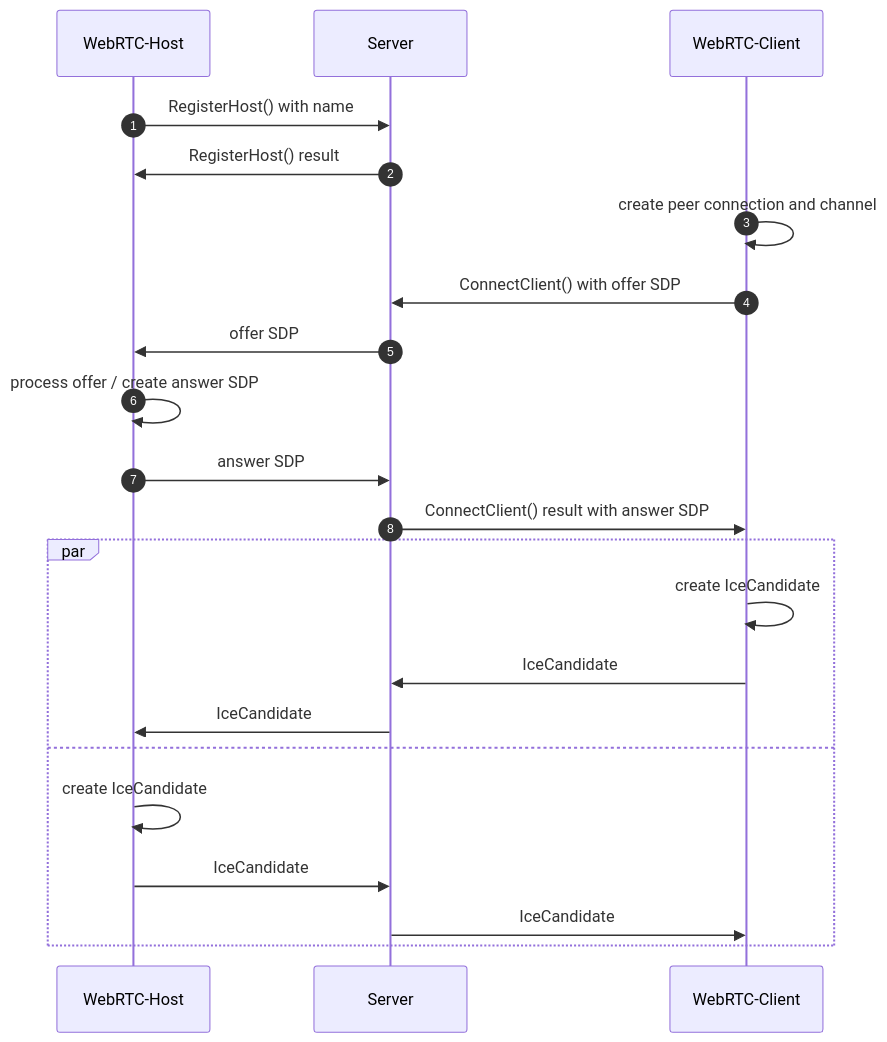
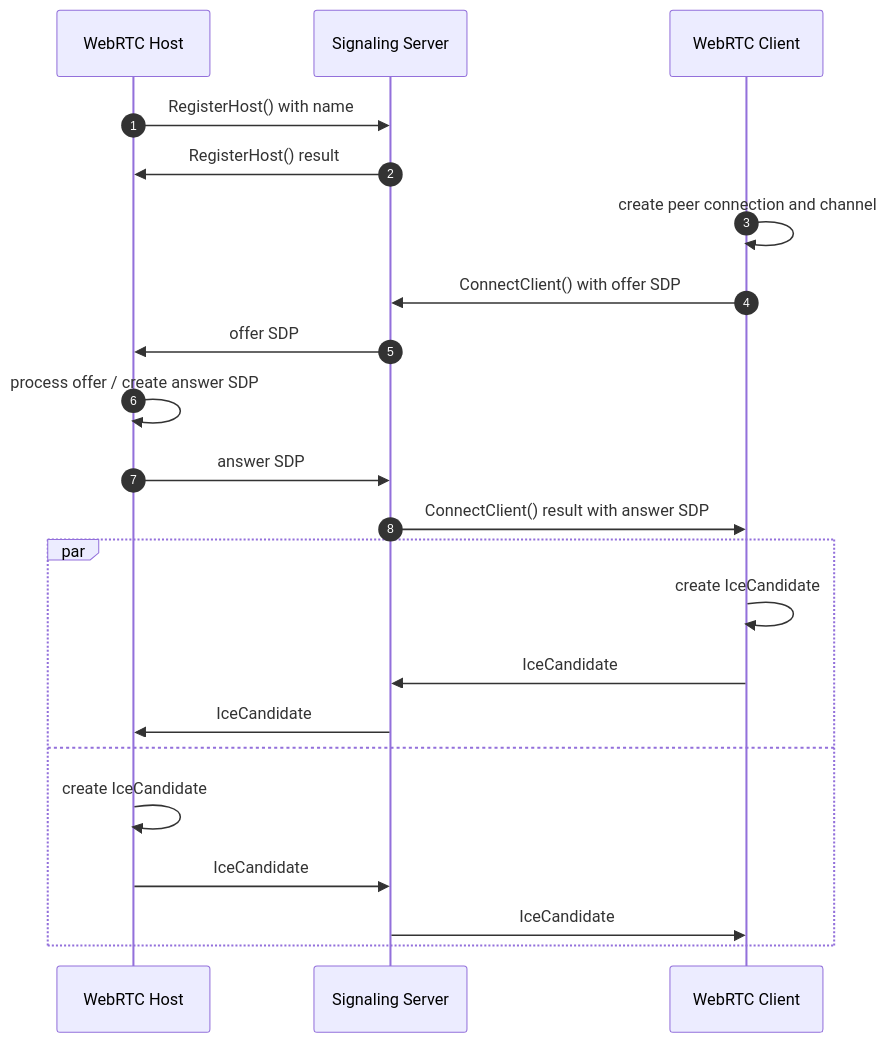
Before and after one commit to friflo/Friflo.Json.Fliox: the diagram in Json/Fliox.Hub.WebRTC/README.md, drawn with Mermaid. The commit also changed other lines of this file, not shown here.

Commit message:
WebRTC README.md update

````diff
--- a/Json/Fliox.Hub.WebRTC/README.md
+++ b/Json/Fliox.Hub.WebRTC/README.md
@@ -18,27 +18,27 @@
 ``` mermaid
 sequenceDiagram
   autonumber
-    WebRTC-Host   ->>   Server:         RegisterHost() with name
-    Server        ->>   WebRTC-Host:    RegisterHost() result
+    WebRTC Host      ->>    Signaling Server:   RegisterHost() with name
+    Signaling Server ->>    WebRTC Host:        RegisterHost() result
 
-    WebRTC-Client ->>   WebRTC-Client:  create peer connection and channel
-    WebRTC-Client ->>   Server:         ConnectClient() with offer SDP
+    WebRTC Client    ->>    WebRTC Client:      create peer connection and channel
+    WebRTC Client    ->>    Signaling Server:   ConnectClient() with offer SDP
 
-    Server        ->>   WebRTC-Host:    offer SDP
-    WebRTC-Host   ->>   WebRTC-Host:    process offer / create answer SDP
-    WebRTC-Host   ->>   Server:         answer SDP
+    Signaling Server ->>    WebRTC Host:        offer SDP
+    WebRTC Host      ->>    WebRTC Host:        process offer / create answer SDP
+    WebRTC Host      ->>    Signaling Server:   answer SDP
 
-    Server        ->>   WebRTC-Client:  ConnectClient() result with answer SDP
+    Signaling Server ->>    WebRTC Client:      ConnectClient() result with answer SDP
 
   autonumber off
   par
-    WebRTC-Client ->>   WebRTC-Client:  create IceCandidate
-    WebRTC-Client ->>   Server:         IceCandidate
-    Server        ->>   WebRTC-Host:    IceCandidate
+    WebRTC Client    ->>    WebRTC Client:      create IceCandidate
+    WebRTC Client    ->>    Signaling Server:   IceCandidate
+    Signaling Server ->>    WebRTC Host:        IceCandidate
   and
-    WebRTC-Host   ->>   WebRTC-Host:    create IceCandidate
-    WebRTC-Host   ->>   Server:         IceCandidate
-    Server        ->>   WebRTC-Client:  IceCandidate
+    WebRTC Host      ->>    WebRTC Host:        create IceCandidate
+    WebRTC Host      ->>    Signaling Server:   IceCandidate
+    Signaling Server ->>    WebRTC Client:      IceCandidate
   end
 
 ``` 
````
